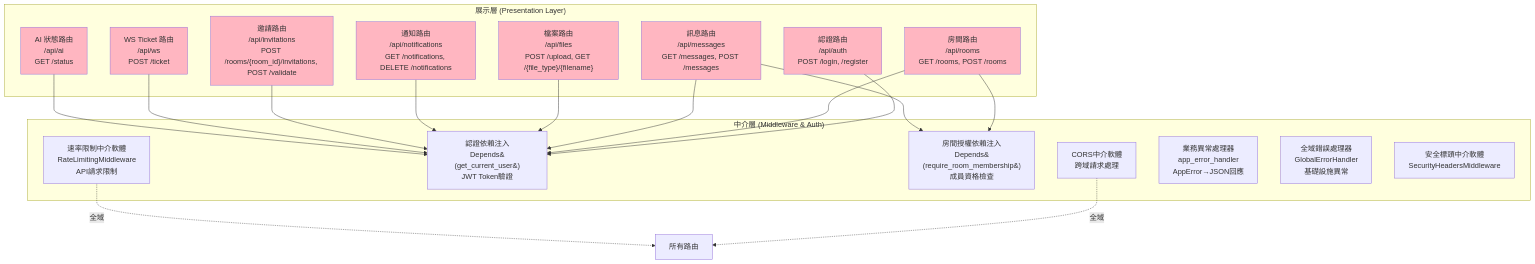
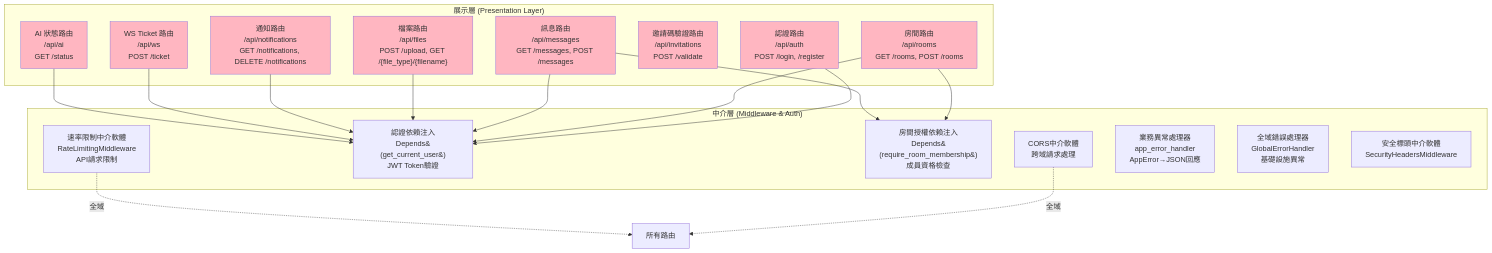
The third of 11 diagrams in docs/c4-architecture.md (twtrubiks/mongo-fastapi-svelte-chat), drawn with Mermaid before and after one commit. The commit also changed other lines of this file and 2 other files, not shown here.

````diff
--- a/docs/c4-architecture.md
+++ b/docs/c4-architecture.md
@@ -128,46 +128,45 @@
 ```mermaid
 graph TB
     subgraph "展示層 (Presentation Layer)"
         AuthRouter[認證路由<br/>/api/auth<br/>POST /login, /register]
         RoomRouter[房間路由<br/>/api/rooms<br/>GET /rooms, POST /rooms]
         MessageRouter[訊息路由<br/>/api/messages<br/>GET /messages, POST /messages]
         FileRouter["檔案路由<br/>/api/files<br/>POST /upload, GET /{file_type}/{filename}"]
         NotificationRouter[通知路由<br/>/api/notifications<br/>GET /notifications, DELETE /notifications]
-        InvitationRouter["邀請路由<br/>/api/invitations<br/>POST /rooms/{room_id}/invitations, POST /validate"]
+        InvitationRouter["邀請碼驗證路由<br/>/api/invitations<br/>POST /validate"]
         WsTicketRouter[WS Ticket 路由<br/>/api/ws<br/>POST /ticket]
         AIRouter[AI 狀態路由<br/>/api/ai<br/>GET /status]
     end
 
     subgraph "中介層 (Middleware & Auth)"
         CORSMiddleware[CORS中介軟體<br/>跨域請求處理]
         AuthDependency[認證依賴注入<br/>Depends&#40;get_current_user&#41;<br/>JWT Token驗證]
         RoomAuthDependency[房間授權依賴注入<br/>Depends&#40;require_room_membership&#41;<br/>成員資格檢查]
         RateLimiter[速率限制中介軟體<br/>RateLimitingMiddleware<br/>API請求限制]
         AppErrorHandler[業務異常處理器<br/>app_error_handler<br/>AppError→JSON回應]
         ErrorHandler[全域錯誤處理器<br/>GlobalErrorHandler<br/>基礎設施異常]
         SecurityHeaders[安全標頭中介軟體<br/>SecurityHeadersMiddleware]
     end
 
     AuthRouter --> AuthDependency
     RoomRouter --> AuthDependency
     RoomRouter --> RoomAuthDependency
     MessageRouter --> AuthDependency
     MessageRouter --> RoomAuthDependency
     FileRouter --> AuthDependency
     NotificationRouter --> AuthDependency
-    InvitationRouter --> AuthDependency
     WsTicketRouter --> AuthDependency
     AIRouter --> AuthDependency
 
     CORSMiddleware -.->|全域| AllRoutes[所有路由]
     RateLimiter -.->|全域| AllRoutes
 
     style AuthRouter fill:#FFB6C1
     style RoomRouter fill:#FFB6C1
     style MessageRouter fill:#FFB6C1
     style FileRouter fill:#FFB6C1
     style NotificationRouter fill:#FFB6C1
     style InvitationRouter fill:#FFB6C1
     style WsTicketRouter fill:#FFB6C1
     style AIRouter fill:#FFB6C1
 ```
````
